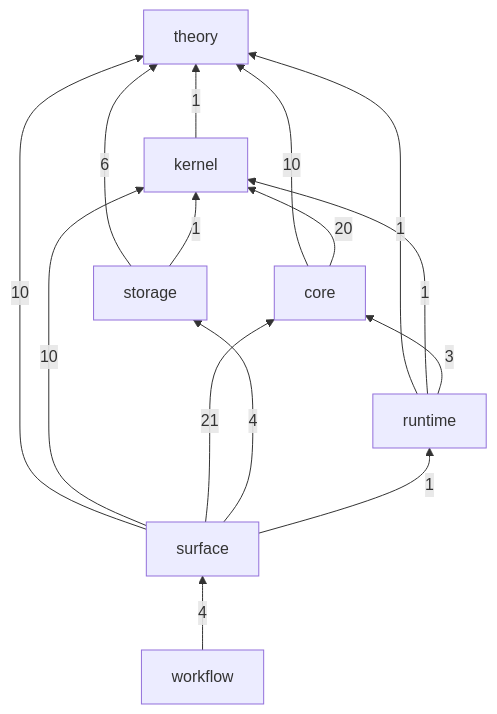
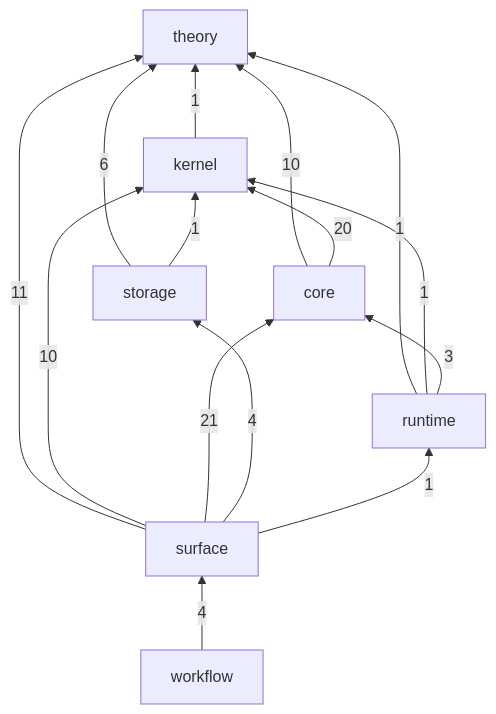
One commit to gandr-lang/gandr changed the diagram in crates/README.md. Above: the diagram before and after it, drawn with Mermaid. The commit also changed 32 other files, not shown here.

````diff
--- a/crates/README.md
+++ b/crates/README.md
@@ -32,24 +32,24 @@
 ```mermaid
 flowchart BT
   theory
   kernel
   core
   storage
   runtime
   surface
   workflow
   kernel -->|1| theory
   core -->|10| theory
   core -->|20| kernel
   storage -->|6| theory
   storage -->|1| kernel
   runtime -->|1| theory
   runtime -->|1| kernel
   runtime -->|3| core
-  surface -->|10| theory
+  surface -->|11| theory
   surface -->|10| kernel
   surface -->|21| core
   surface -->|4| storage
   surface -->|1| runtime
   workflow -->|4| surface
 ```
````
